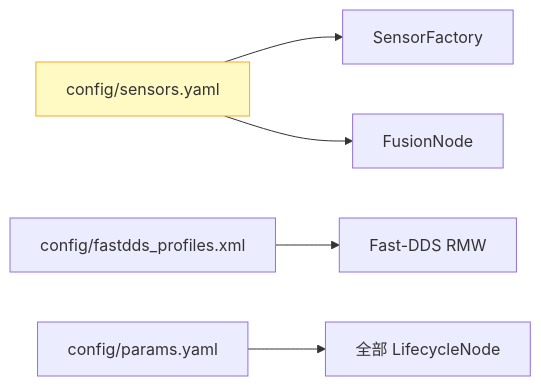
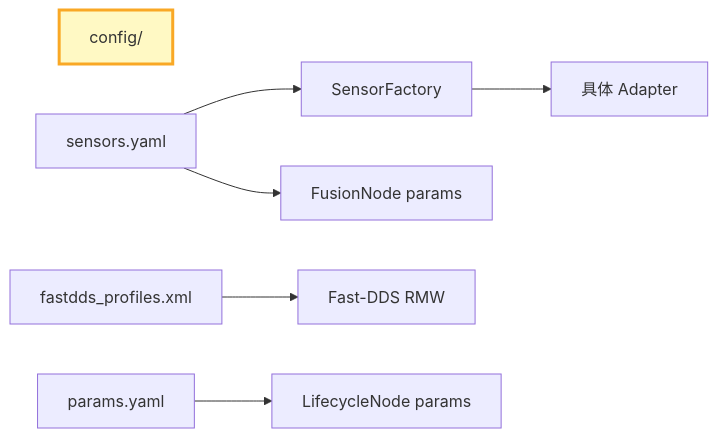
Before and after one commit to guang-lee-cn/ros2_robot_middleware: the diagram in doc/subsystems/configuration.md, drawn with Mermaid. The commit also changed other lines of this file and 7 other files, not shown here.

````diff
--- a/doc/subsystems/configuration.md
+++ b/doc/subsystems/configuration.md
@@ -5,9 +5,11 @@
 ```mermaid
 flowchart LR
-    YAML["config/sensors.yaml"] --> FACTORY["SensorFactory"]
-    YAML --> FUSION["FusionNode"]
-    XML["config/fastdds_profiles.xml"] --> DDS["Fast-DDS RMW"]
-    PARAMS["config/params.yaml"] --> NODES["全部 LifecycleNode"]
+    CFG["config/"]
+    YAML["sensors.yaml"] --> FACTORY["SensorFactory"]
+    YAML --> FUSION["FusionNode params"]
+    XML["fastdds_profiles.xml"] --> DDS["Fast-DDS RMW"]
+    PARAMS["params.yaml"] --> NODES["LifecycleNode params"]
 
-    style YAML fill:#fff9c4,stroke:#f9a825
+    FACTORY --> SENSORS["具体 Adapter"]
+    style CFG fill:#fff9c4,stroke:#f9a825,stroke-width:3px
 ```
````
